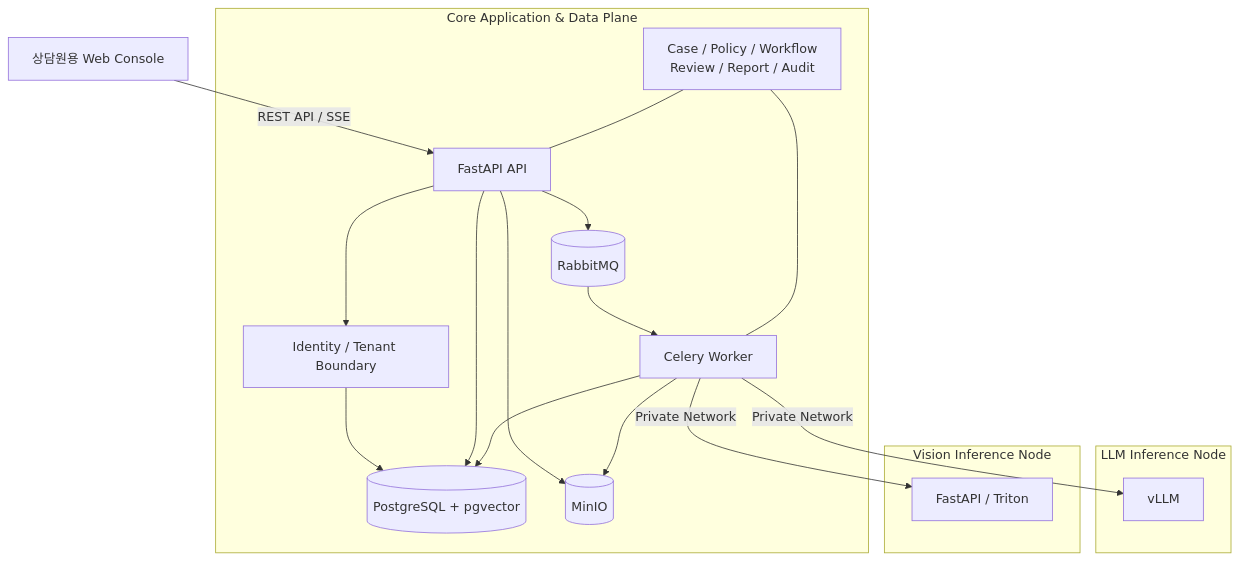
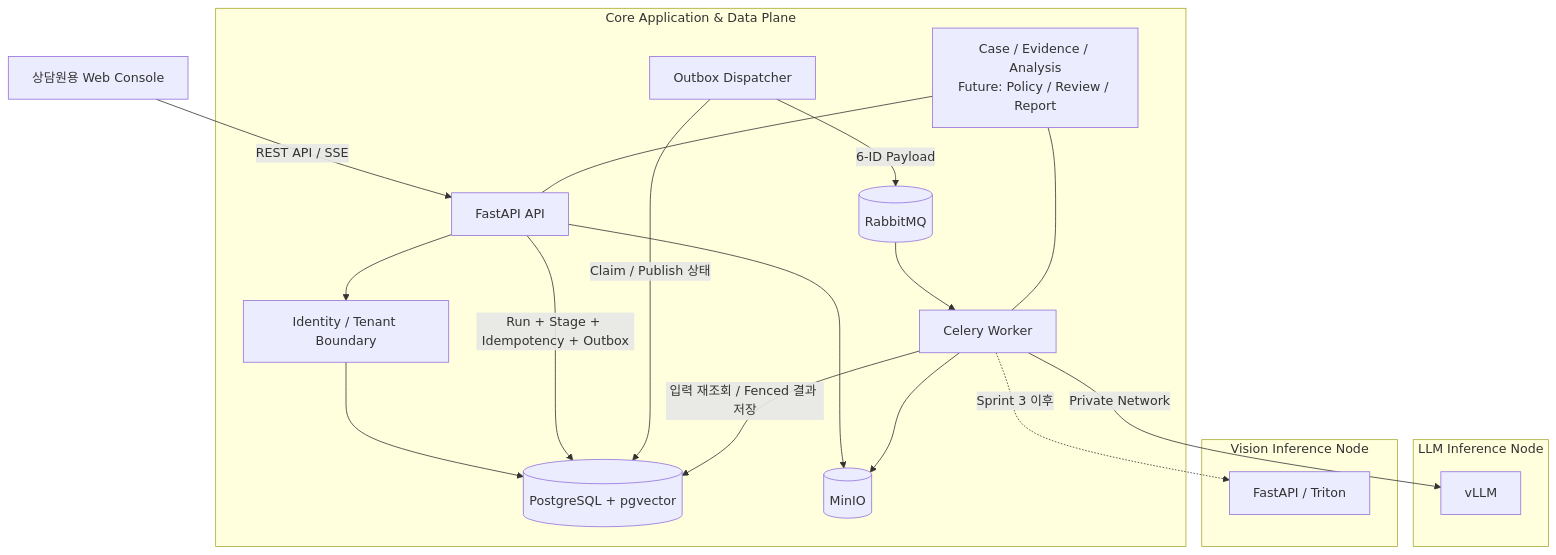
The first of 4 diagrams in CSight_project_docs/docs/03_ARCHITECTURE.md (CSightICT/csight-core), drawn with Mermaid before and after one commit. The commit also changed other lines of this file and 75 other files, not shown here.

````diff
--- a/CSight_project_docs/docs/03_ARCHITECTURE.md
+++ b/CSight_project_docs/docs/03_ARCHITECTURE.md
@@ -16,36 +18,38 @@
 ```mermaid
 flowchart TB
     WEB[상담원용 Web Console]
 
     subgraph CORE[Core Application & Data Plane]
         API[FastAPI API]
+        DISPATCHER[Outbox Dispatcher]
         WORKER[Celery Worker]
         AUTH[Identity / Tenant Boundary]
         DB[(PostgreSQL + pgvector)]
         MQ[(RabbitMQ)]
         OBJ[(MinIO)]
-        DOMAIN[Case / Policy / Workflow\nReview / Report / Audit]
+        DOMAIN[Case / Evidence / Analysis\nFuture: Policy / Review / Report]
     end
 
     subgraph LLM[LLM Inference Node]
         VLLM[vLLM]
     end
 
     subgraph CV[Vision Inference Node]
         CVSVC[FastAPI / Triton]
     end
 
     WEB -->|REST API / SSE| API
     API --> AUTH
     AUTH --> DB
-    API --> DB
     API --> OBJ
-    API --> MQ
+    API -->|Run + Stage + Idempotency + Outbox| DB
+    DISPATCHER -->|Claim / Publish 상태| DB
+    DISPATCHER -->|6-ID Payload| MQ
     MQ --> WORKER
+    WORKER -->|입력 재조회 / Fenced 결과 저장| DB
     WORKER -->|Private Network| VLLM
-    WORKER -->|Private Network| CVSVC
-    WORKER --> DB
+    WORKER -.->|Sprint 3 이후| CVSVC
     WORKER --> OBJ
     DOMAIN --- API
     DOMAIN --- WORKER
 ```
````
